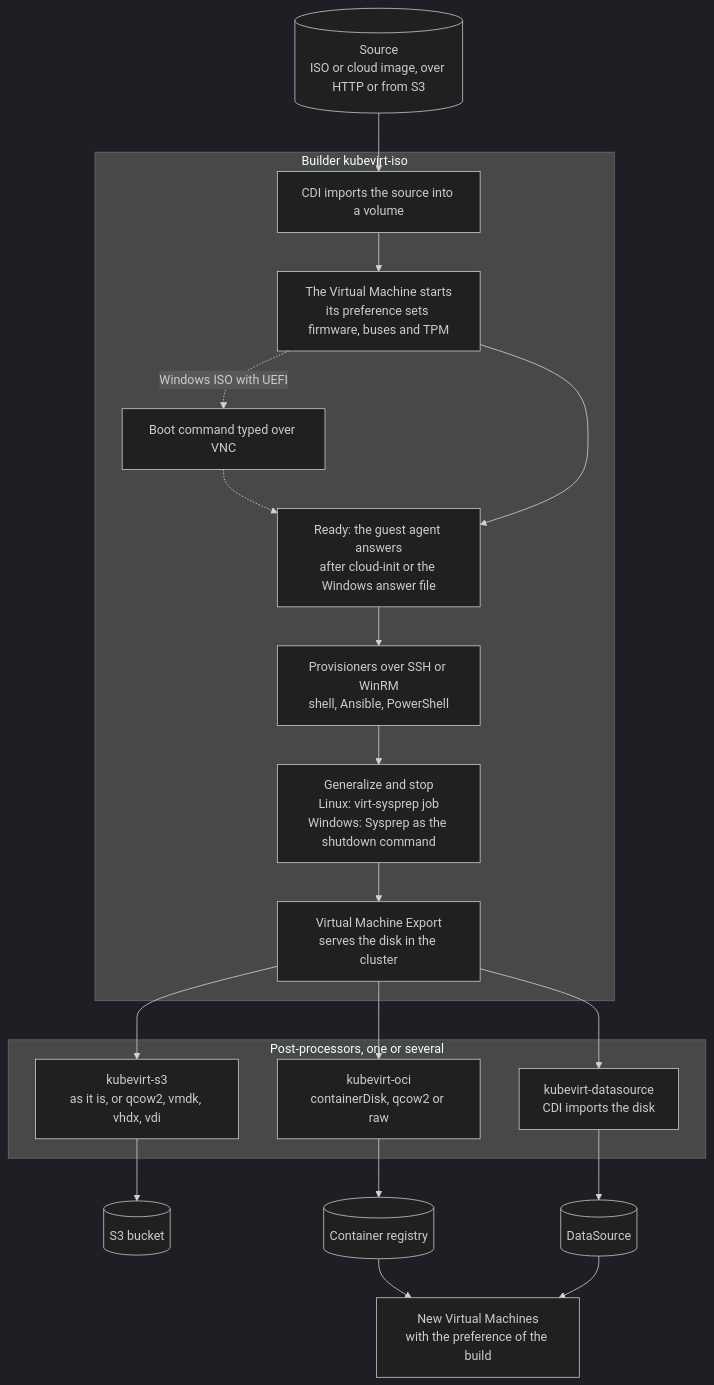
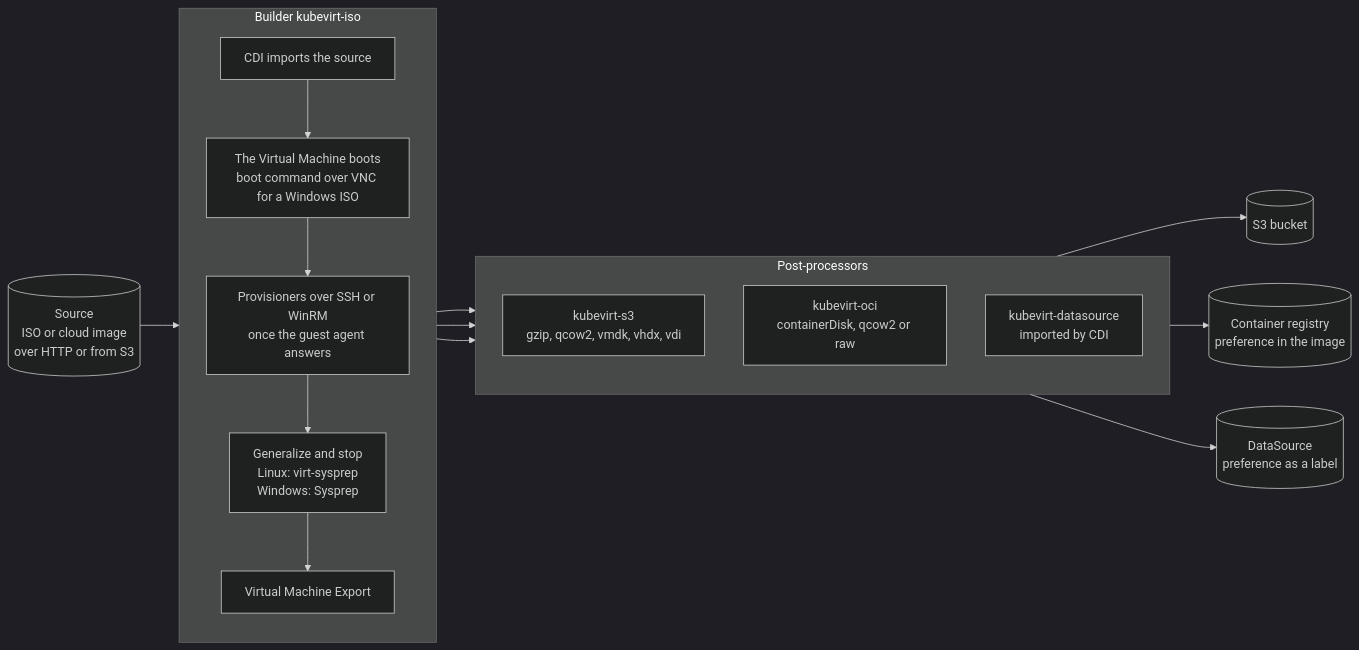
The diagram in README.md (pelotech/packer-plugin-kubevirt), drawn with Mermaid (dark theme) before and after one commit.

Commit message:
docs: lay the diagram out from left to right
Drawn from top to bottom, it did not fit the frame GitHub renders it in.

````diff
--- a/README.md
+++ b/README.md
@@ -7,30 +7,27 @@
 ```mermaid
-flowchart TD
-    source[("Source<br/>ISO or cloud image, over HTTP or from S3")]
+flowchart LR
+    source[("Source<br/>ISO or cloud image<br/>over HTTP or from S3")]
 
     subgraph builder["Builder kubevirt-iso"]
-        import["CDI imports the source into a volume"]
-        vm["The Virtual Machine starts<br/>its preference sets firmware, buses and TPM"]
-        boot["Boot command typed over VNC"]
-        ready["Ready: the guest agent answers<br/>after cloud-init or the Windows answer file"]
-        provision["Provisioners over SSH or WinRM<br/>shell, Ansible, PowerShell"]
-        generalize["Generalize and stop<br/>Linux: virt-sysprep job<br/>Windows: Sysprep as the shutdown command"]
-        export["Virtual Machine Export<br/>serves the disk in the cluster"]
-        import --> vm
-        vm -.->|"Windows ISO with UEFI"| boot -.-> ready
-        vm --> ready --> provision --> generalize --> export
+        direction TB
+        import["CDI imports the source"]
+        boot["The Virtual Machine boots<br/>boot command over VNC for a Windows ISO"]
+        provision["Provisioners over SSH or WinRM<br/>once the guest agent answers"]
+        generalize["Generalize and stop<br/>Linux: virt-sysprep<br/>Windows: Sysprep"]
+        export["Virtual Machine Export"]
+        import --> boot --> provision --> generalize --> export
     end
 
-    subgraph postprocessors["Post-processors, one or several"]
-        s3["kubevirt-s3<br/>as it is, or qcow2, vmdk, vhdx, vdi"]
+    subgraph postprocessors["Post-processors"]
+        direction TB
+        s3["kubevirt-s3<br/>gzip, qcow2, vmdk, vhdx, vdi"]
         oci["kubevirt-oci<br/>containerDisk, qcow2 or raw"]
-        datasource["kubevirt-datasource<br/>CDI imports the disk"]
+        datasource["kubevirt-datasource<br/>imported by CDI"]
     end
 
     source --> import
-    export --> s3 --> bucket[("S3 bucket")]
-    export --> oci --> registry[("Container registry")]
-    export --> datasource --> ds[("DataSource")]
-    registry --> newvm["New Virtual Machines<br/>with the preference of the build"]
-    ds --> newvm
+    export --> s3 & oci & datasource
+    s3 --> bucket[("S3 bucket")]
+    oci --> registry[("Container registry<br/>preference in the image")]
+    datasource --> ds[("DataSource<br/>preference as a label")]
 ```
````
